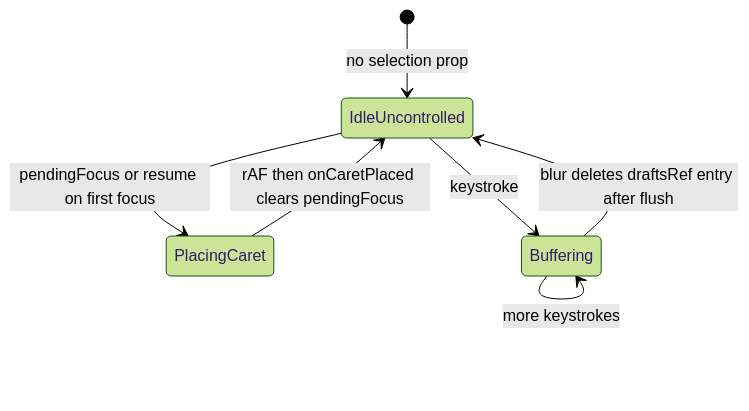
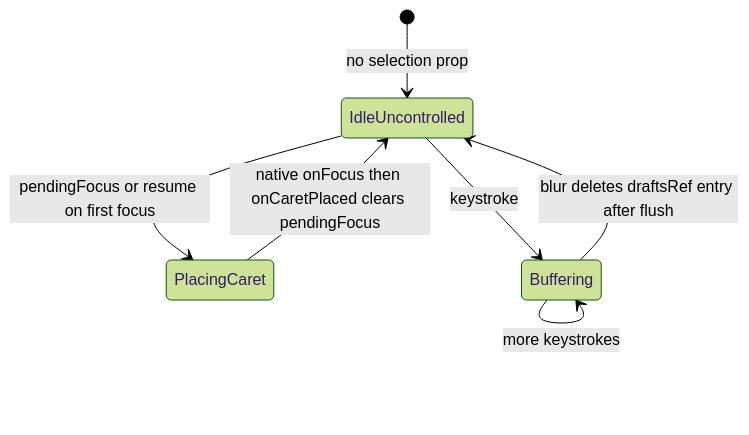
The third of 10 diagrams in docs/mobile-editor-flows.md (007jedgar/Ciciro), drawn with Mermaid (forest theme) before and after one commit. The commit also changed other lines of this file and 7 other files, not shown here.

````diff
--- a/docs/mobile-editor-flows.md
+++ b/docs/mobile-editor-flows.md
@@ -80,9 +80,9 @@
 ```mermaid
 stateDiagram-v2
   [*] --> IdleUncontrolled: no selection prop
   IdleUncontrolled --> PlacingCaret: pendingFocus or resume on first focus
-  PlacingCaret --> IdleUncontrolled: rAF then onCaretPlaced clears pendingFocus
+  PlacingCaret --> IdleUncontrolled: native onFocus then onCaretPlaced clears pendingFocus
   IdleUncontrolled --> Buffering: keystroke
   Buffering --> Buffering: more keystrokes
   Buffering --> IdleUncontrolled: blur deletes draftsRef entry after flush
 ```
````
